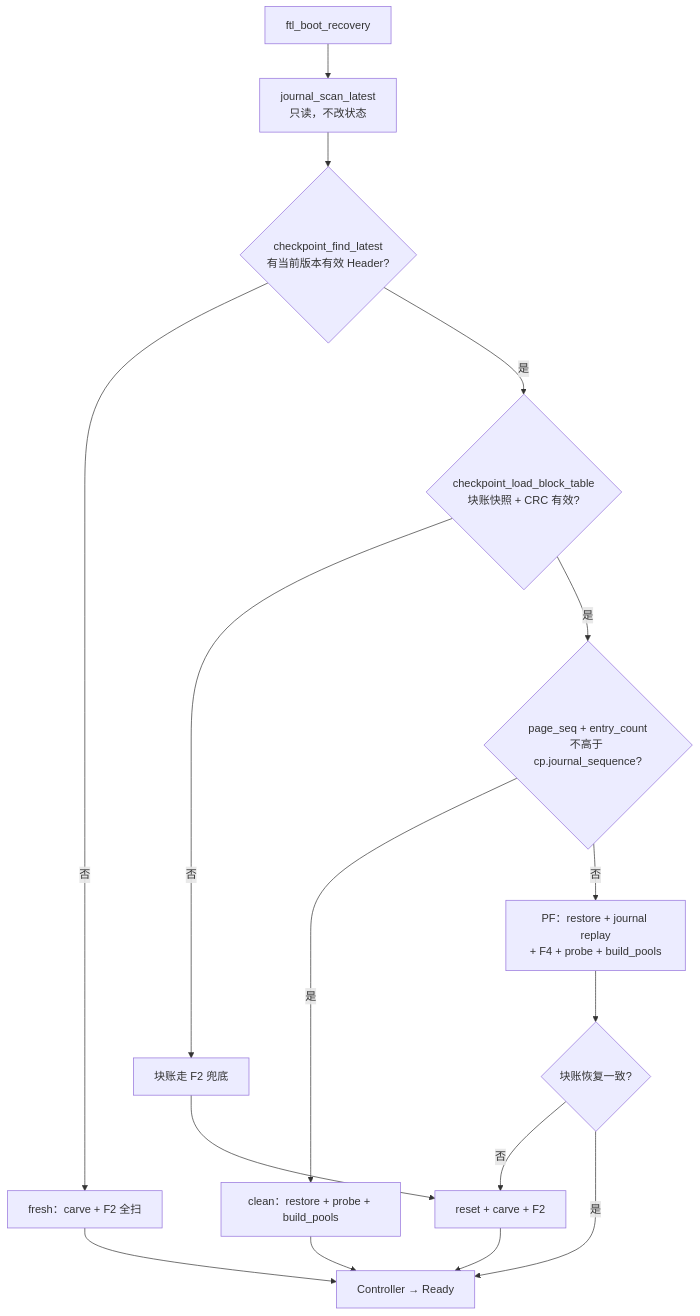
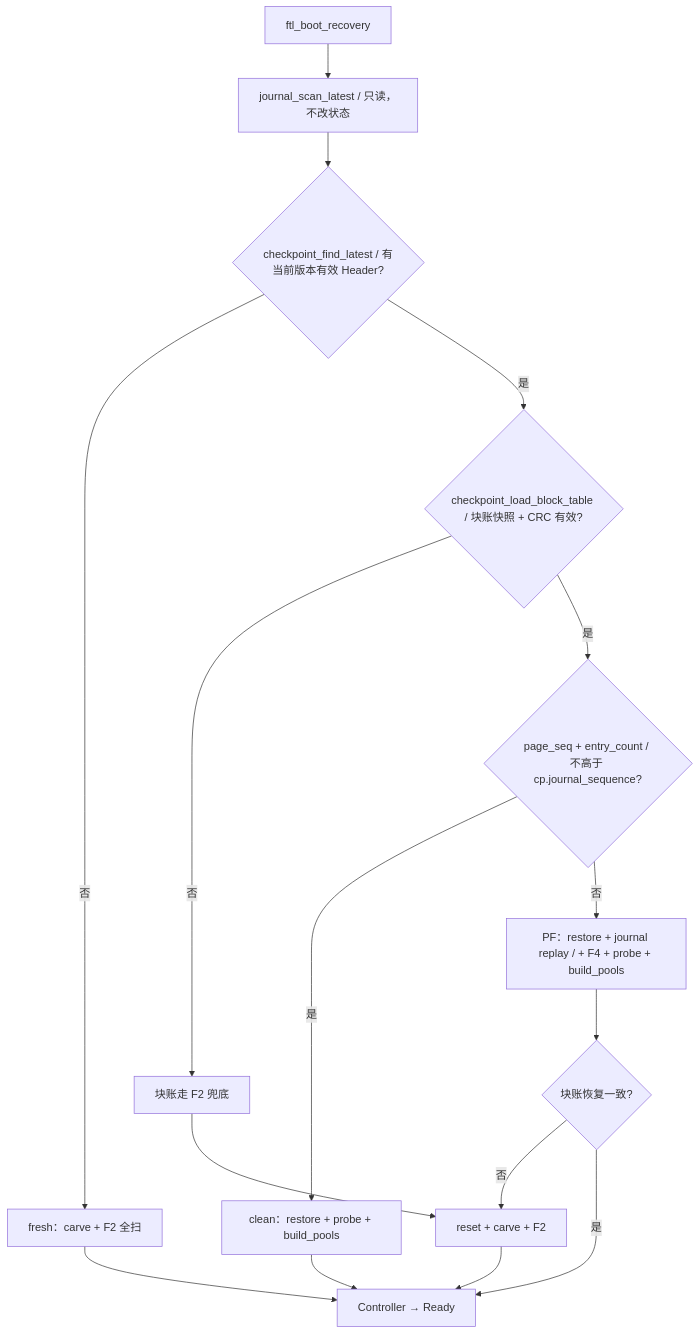
The second of 28 diagrams in docs/design/ftl_design.md (YzYMIAO/BASESSD), drawn with Mermaid before and after one commit. The commit also changed other lines of this file, not shown here.

First line of the commit message:
docs(ftl): 修复 6 张 stateDiagram 的围栏粘连

````diff
--- a/docs/design/ftl_design.md
+++ b/docs/design/ftl_design.md
@@ -577,18 +577,18 @@
 ```mermaid
 flowchart TD
-    BOOT["ftl_boot_recovery"] --> LATEST["journal_scan_latest<br/>只读，不改状态"]
-    LATEST --> FIND{"checkpoint_find_latest<br/>有当前版本有效 Header?"}
+    BOOT["ftl_boot_recovery"] --> LATEST["journal_scan_latest / 只读，不改状态"]
+    LATEST --> FIND{"checkpoint_find_latest / 有当前版本有效 Header?"}
     FIND -- "否" --> FRESH["fresh：carve + F2 全扫"]
-    FIND -- "是" --> LOAD{"checkpoint_load_block_table<br/>块账快照 + CRC 有效?"}
+    FIND -- "是" --> LOAD{"checkpoint_load_block_table / 块账快照 + CRC 有效?"}
     LOAD -- "否" --> PFALL["块账走 F2 兜底"]
-    LOAD -- "是" --> JUDGE{"page_seq + entry_count<br/>不高于 cp.journal_sequence?"}
+    LOAD -- "是" --> JUDGE{"page_seq + entry_count / 不高于 cp.journal_sequence?"}
     JUDGE -- "是" --> CLEAN["clean：restore + probe + build_pools"]
-    JUDGE -- "否" --> PF["PF：restore + journal replay<br/>+ F4 + probe + build_pools"]
+    JUDGE -- "否" --> PF["PF：restore + journal replay / + F4 + probe + build_pools"]
     PFALL --> F2["reset + carve + F2"]
     PF --> PFOk{"块账恢复一致?"}
     PFOk -- "否" --> F2
     PFOk -- "是" --> READY["Controller → Ready"]
     CLEAN --> READY
     FRESH --> READY
     F2 --> READY
 ```
````
